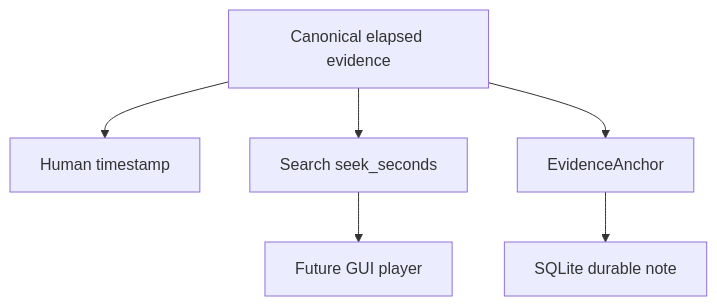
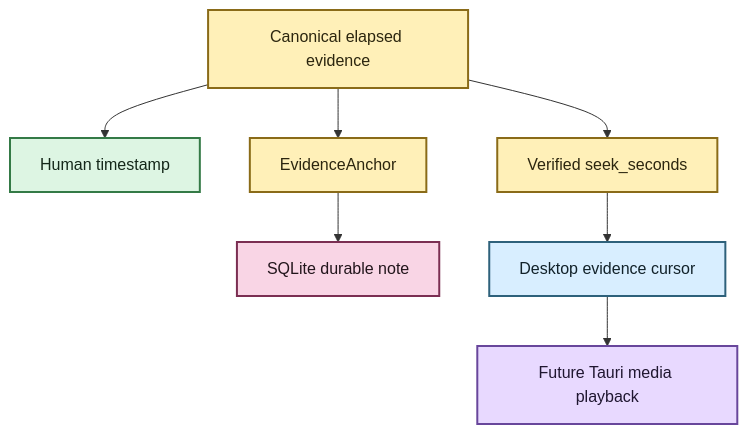
One commit to SSD1805/EchoFlow changed the second of 2 diagrams in docs/architecture/media-and-timeline.md. Above: the diagram before and after it, drawn with Mermaid. The commit also changed other lines of this file, not shown here.

Commit message:
docs: refresh media timeline for desktop evidence cursor

````diff
--- a/docs/architecture/media-and-timeline.md
+++ b/docs/architecture/media-and-timeline.md
@@ -260,8 +239,21 @@
 ```mermaid
 flowchart TD
     A[Canonical elapsed evidence] --> B[Human timestamp]
-    A --> C[Search seek_seconds]
+    A --> C[Verified seek_seconds]
     A --> D[EvidenceAnchor]
     D --> E[SQLite durable note]
-    C --> F[Future GUI player]
+    C --> F[Desktop evidence cursor]
+    F --> G[Future Tauri media playback]
+
+    classDef evidence fill:#FFF0B8,stroke:#8A6B18,stroke-width:2px,color:#2C260F
+    classDef source fill:#F9D5E5,stroke:#7B2E52,stroke-width:2px,color:#22151B
+    classDef view fill:#DDF5E3,stroke:#347A46,stroke-width:2px,color:#142719
+    classDef inspect fill:#D8EEFF,stroke:#2E617B,stroke-width:2px,color:#12222A
+    classDef process fill:#E8D9FF,stroke:#68469B,stroke-width:2px,color:#1F1630
+
+    class A,C,D evidence
+    class B view
+    class E source
+    class F inspect
+    class G process
 ```
````
